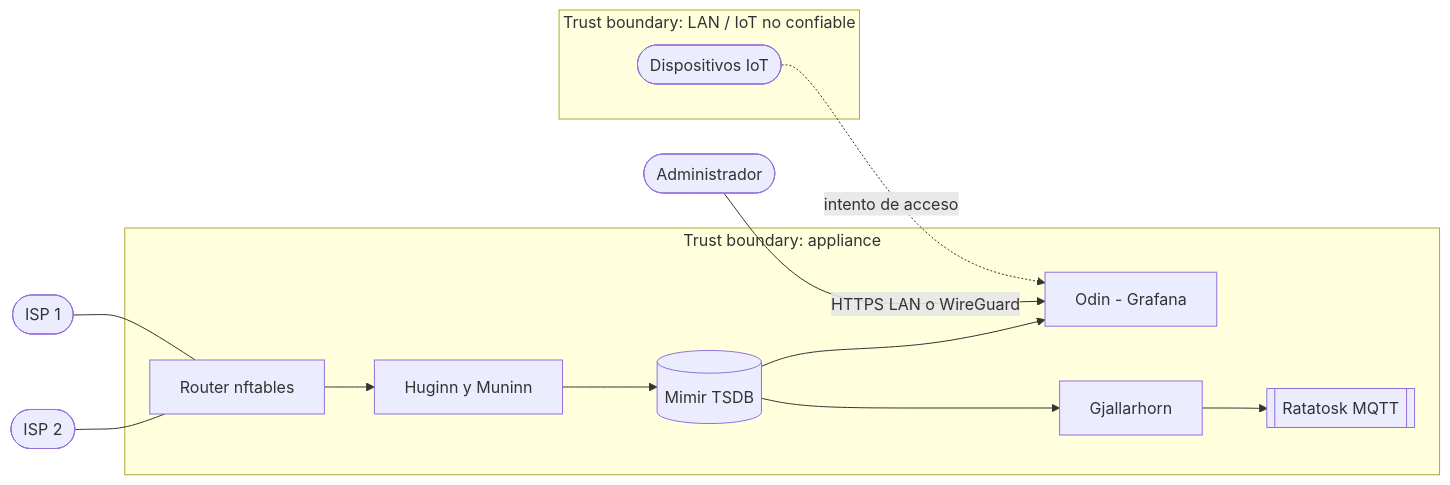
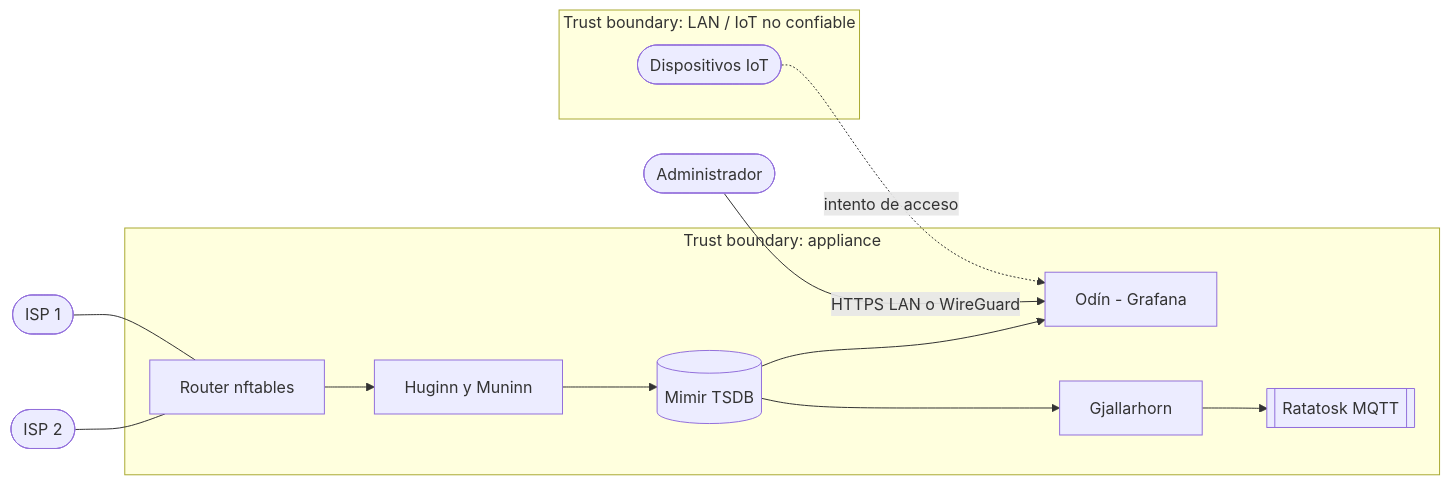
One commit to higerotech/yggdrasil changed the fourth of 5 diagrams in docs/01-requirements/isp-sla-monitor.md. Above: the diagram before and after it, drawn with Mermaid. The commit also changed other lines of this file and 3 other files, not shown here.

First line of the commit message:
docs(diagramas): completa la trazabilidad y alinea ids y nombres con naming.md

````diff
--- a/docs/01-requirements/isp-sla-monitor.md
+++ b/docs/01-requirements/isp-sla-monitor.md
@@ -206,17 +241,17 @@
 ```mermaid
 flowchart LR
     ISP1([ISP 1]) --- FW
     ISP2([ISP 2]) --- FW
     subgraph TB1 [Trust boundary: appliance]
       FW[Router nftables] --> PR[Huginn y Muninn]
       PR --> TSDB[(Mimir TSDB)]
-      TSDB --> GF[Odin - Grafana]
+      TSDB --> GF[Odín - Grafana]
       TSDB --> AM[Gjallarhorn]
       AM --> MQ[[Ratatosk MQTT]]
     end
     subgraph TB2 [Trust boundary: LAN / IoT no confiable]
       IOT([Dispositivos IoT])
     end
     IOT -.->|intento de acceso| GF
     ADM([Administrador]) -->|HTTPS LAN o WireGuard| GF
 ```
````
